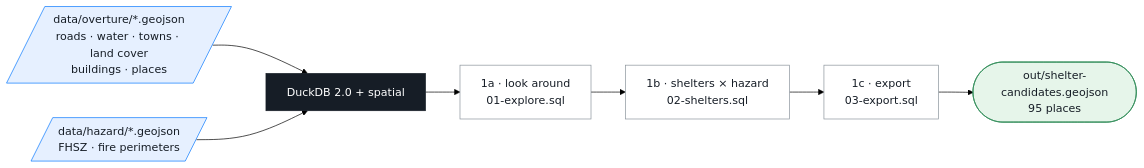
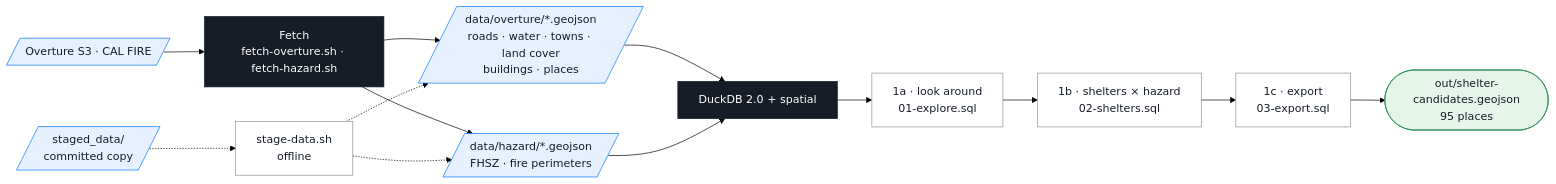
One commit to vishal4c/routes-to-safety-workshop changed the third of 6 diagrams in README.md. Above: the diagram before and after it, drawn with Mermaid (forest theme). The commit also changed other lines of this file and 27 other files, not shown here.

Commit message:
phase 1: fetch the data is a required step; committed GeoJSON moves to staged_data/

````diff
--- a/README.md
+++ b/README.md
@@ -202,18 +204,28 @@
 ```mermaid
 flowchart LR
   classDef file fill:#E6F0FF,stroke:#0678FF,color:#161D26
   classDef tool fill:#161D26,stroke:#161D26,color:#FFFFFF
   classDef step fill:#FFFFFF,stroke:#8A939B,color:#161D26
   classDef chk  fill:#E6F5EA,stroke:#2E8B57,color:#161D26
 
+  SRC[/"Overture S3 · CAL FIRE"/]:::file
+  F["Fetch<br/>fetch-overture.sh · fetch-hazard.sh"]:::tool
+  ST[/"staged_data/<br/>committed copy"/]:::file
+  SD["stage-data.sh<br/>offline"]:::step
   OV[/"data/overture/*.geojson<br/>roads · water · towns · land cover<br/>buildings · places"/]:::file
   HZ[/"data/hazard/*.geojson<br/>FHSZ · fire perimeters"/]:::file
   D["DuckDB 2.0 + spatial"]:::tool
   S1["1a · look around<br/>01-explore.sql"]:::step
   S2["1b · shelters × hazard<br/>02-shelters.sql"]:::step
   S3["1c · export<br/>03-export.sql"]:::step
   O(["out/shelter-candidates.geojson<br/>95 places"]):::chk
+  SRC --> F
+  F --> OV
+  F --> HZ
+  ST -.-> SD
+  SD -.-> OV
+  SD -.-> HZ
   OV --> D
   HZ --> D
   D --> S1 --> S2 --> S3 --> O
 ```
````
